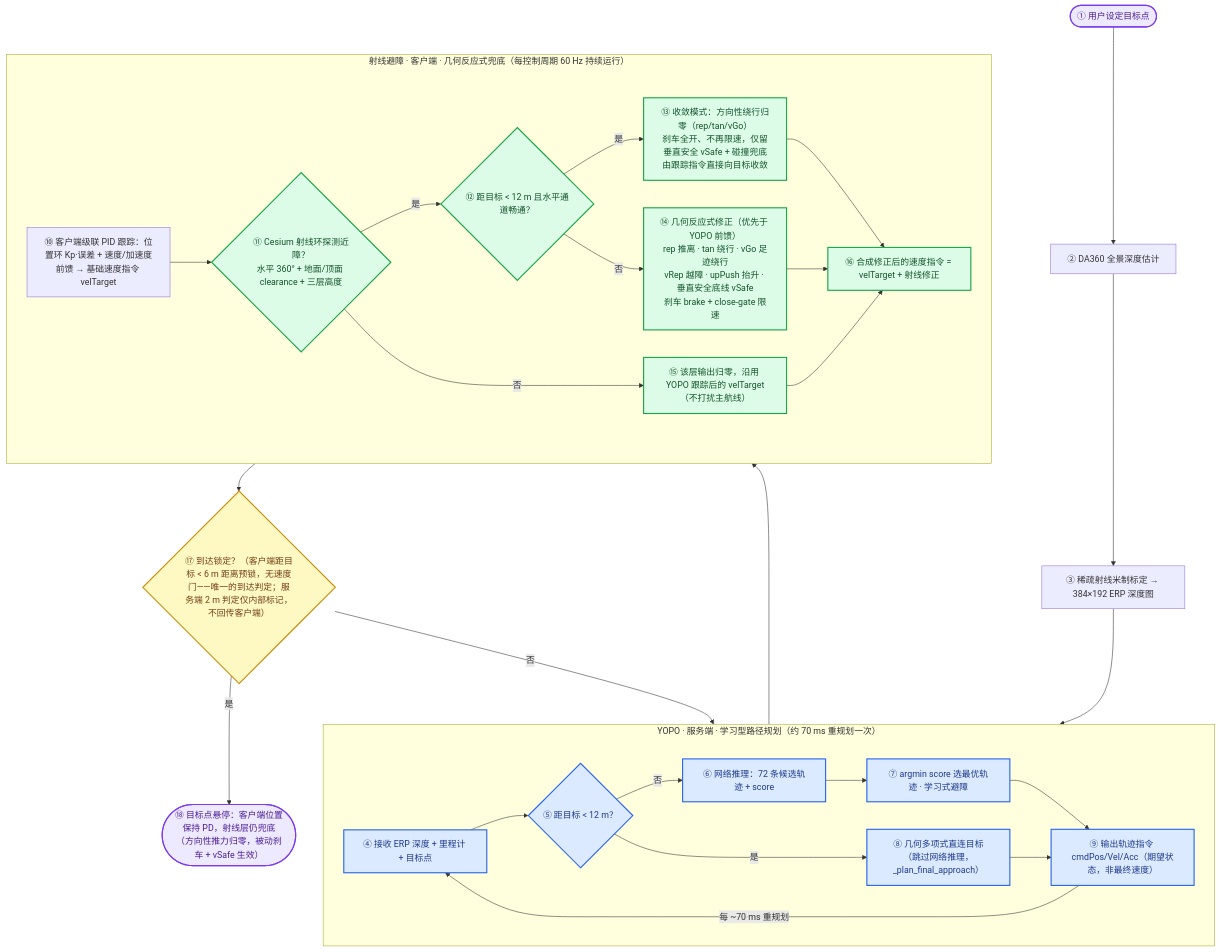
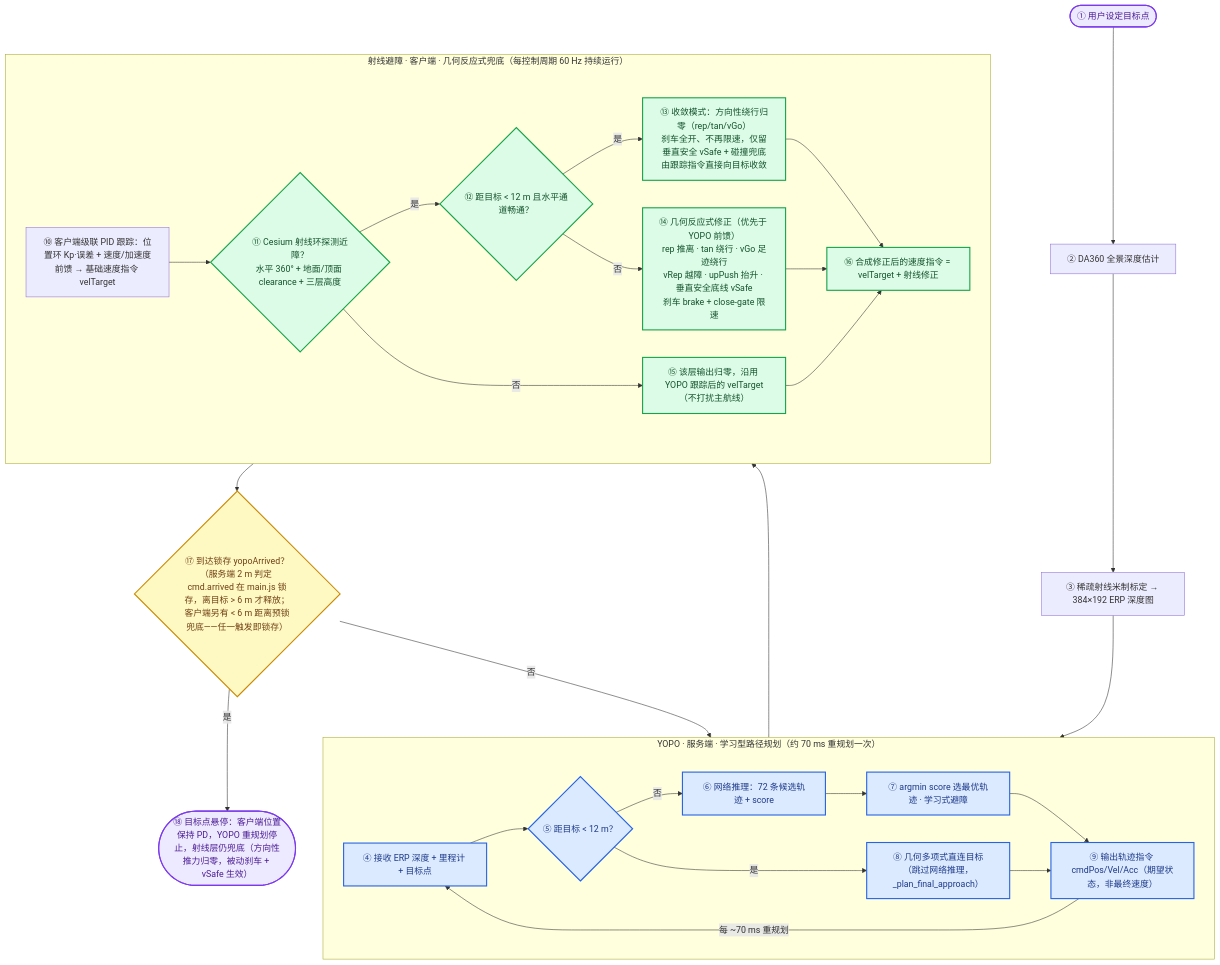
The diagram in README.md (wuuwuu26/MindCloud_World_Fly_Private), drawn with Mermaid before and after one commit. The commit also changed 1 other file, not shown here.

Commit message:
docs: 修正到达判定描述（服务端 2m 判定经 main.js 锁存，非仅内部标记）

````diff
--- a/README.md
+++ b/README.md
@@ -69,45 +69,45 @@
 ```mermaid
 flowchart TD
     classDef yopo fill:#dbeafe,stroke:#2563eb,stroke-width:2px,color:#1e3a8a;
     classDef ray fill:#dcfce7,stroke:#16a34a,stroke-width:2px,color:#14532d;
     classDef dec fill:#fef9c3,stroke:#ca8a04,stroke-width:2px,color:#713f12;
     classDef term fill:#ede9fe,stroke:#7c3aed,stroke-width:2px,color:#4c1d95;
 
     Start([① 用户设定目标点]) --> Depth[② DA360 全景深度估计]
     Depth --> Calib[③ 稀疏射线米制标定 → 384×192 ERP 深度图]
     Calib --> YIN
 
     subgraph YOPO["YOPO · 服务端 · 学习型路径规划（约 70 ms 重规划一次）"]
         direction LR
         YIN[④ 接收 ERP 深度 + 里程计 + 目标点]
         YIN --> Dist{⑤ 距目标 < 12 m？}
         Dist -->|否| Cands[⑥ 网络推理：72 条候选轨迹 + score]
         Cands --> Argmin[⑦ argmin score 选最优轨迹 · 学习式避障]
         Dist -->|是| Poly[⑧ 几何多项式直连目标<br/>（跳过网络推理，_plan_final_approach）]
         Argmin --> Cmd[⑨ 输出轨迹指令 cmdPos/Vel/Acc（期望状态，非最终速度）]
         Poly --> Cmd
         Cmd -->|每 ~70 ms 重规划| YIN
     end
     class YIN,Dist,Cands,Argmin,Poly,Cmd yopo;
 
     Cmd --> Track[⑩ 客户端级联 PID 跟踪：位置环 Kp·误差 + 速度/加速度前馈 → 基础速度指令 velTarget]
 
     subgraph RAY["射线避障 · 客户端 · 几何反应式兜底（每控制周期 60 Hz 持续运行）"]
         direction LR
         Track --> Probe{"⑪ Cesium 射线环探测近障？<br/>水平 360° + 地面/顶面 clearance + 三层高度"}
         Probe -->|是| Near{⑫ 距目标 < 12 m 且水平通道畅通？}
         Near -->|是| Converge["⑬ 收敛模式：方向性绕行归零（rep/tan/vGo）<br/>刹车全开、不再限速，仅留垂直安全 vSafe + 碰撞兜底<br/>由跟踪指令直接向目标收敛"]
         Near -->|否| Field["⑭ 几何反应式修正（优先于 YOPO 前馈）<br/>rep 推离 · tan 绕行 · vGo 足迹绕行<br/>vRep 越障 · upPush 抬升 · 垂直安全底线 vSafe<br/>刹车 brake + close-gate 限速"]
         Probe -->|否| Zero["⑮ 该层输出归零，沿用 YOPO 跟踪后的 velTarget（不打扰主航线）"]
         Converge --> Synth[⑯ 合成修正后的速度指令 = velTarget + 射线修正]
         Field --> Synth
         Zero --> Synth
     end
     class Probe,Near,Converge,Field,Zero,Synth ray;
 
-    Synth --> Arrive{"⑰ 到达锁定？（客户端距目标 < 6 m 距离预锁，无速度门——唯一的到达判定；服务端 2 m 判定仅内部标记，不回传客户端）"}
+    Synth --> Arrive{"⑰ 到达锁存 yopoArrived？（服务端 2 m 判定 cmd.arrived 在 main.js 锁存，离目标 > 6 m 才释放；客户端另有 < 6 m 距离预锁兜底——任一触发即锁存）"}
     Arrive -->|否| YIN
-    Arrive -->|是| End([⑱ 目标点悬停：客户端位置保持 PD，射线层仍兜底（方向性推力归零，被动刹车 + vSafe 生效）])
+    Arrive -->|是| End([⑱ 目标点悬停：客户端位置保持 PD，YOPO 重规划停止，射线层仍兜底（方向性推力归零，被动刹车 + vSafe 生效）])
     class Arrive dec;
     class Start,End term;
 ```
````
